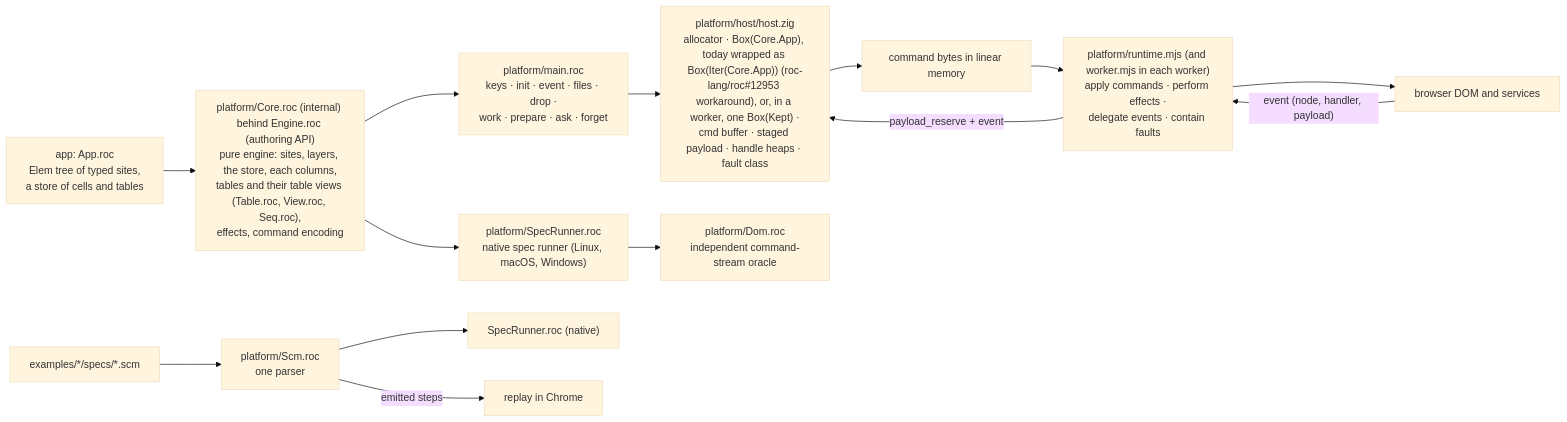
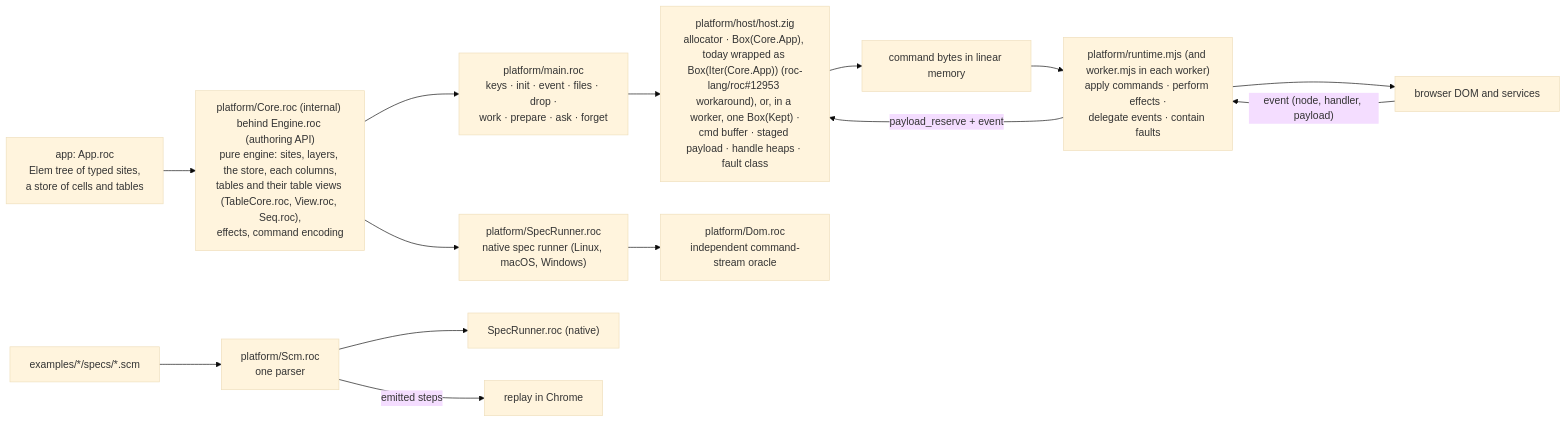
The diagram in design.md (lukewilliamboswell/roc-signals), drawn with Mermaid (base theme) before and after one commit. The commit also changed other lines of this file and 13 other files, not shown here.

Commit message:
Audit internal package access and document API audiences

````diff
--- a/design.md
+++ b/design.md
@@ -423,17 +423,17 @@
 ```mermaid
 flowchart LR
-    App["app: App.roc<br/>Elem tree of typed sites,<br/>a store of cells and tables"] --> Engine["platform/Core.roc (internal) behind Engine.roc (authoring API)<br/>pure engine: sites, layers, the store, each columns,<br/>tables and their table views (Table.roc, View.roc, Seq.roc),<br/>effects, command encoding"]
+    App["app: App.roc<br/>Elem tree of typed sites,<br/>a store of cells and tables"] --> Engine["platform/Core.roc (internal) behind Engine.roc (authoring API)<br/>pure engine: sites, layers, the store, each columns,<br/>tables and their table views (TableCore.roc, View.roc, Seq.roc),<br/>effects, command encoding"]
     Engine --> Main["platform/main.roc<br/>keys · init · event · files · drop ·<br/>work · prepare · ask · forget"]
     Main --> Host["platform/host/host.zig<br/>allocator · Box(Core.App), today wrapped as Box(Iter(Core.App)) (roc-lang/roc#12953 workaround), or, in a worker, one Box(Kept) ·<br/>cmd buffer · staged payload · handle heaps · fault class"]
     Host --> Wire["command bytes in linear memory"]
     Wire --> JS["platform/runtime.mjs (and worker.mjs in each worker)<br/>apply commands · perform effects ·<br/>delegate events · contain faults"]
     JS --> DOM["browser DOM and services"]
     DOM -->|"event (node, handler, payload)"| JS
     JS -->|"payload_reserve + event"| Host
 
     Engine --> Test["platform/SpecRunner.roc<br/>native spec runner (Linux, macOS, Windows)"]
     Test --> Oracle["platform/Dom.roc<br/>independent command-stream oracle"]
     Scm["examples/*/specs/*.scm"] --> Parser["platform/Scm.roc<br/>one parser"]
     Parser --> Native["SpecRunner.roc (native)"]
     Parser -->|"emitted steps"| Browser["replay in Chrome"]
 ```
````
